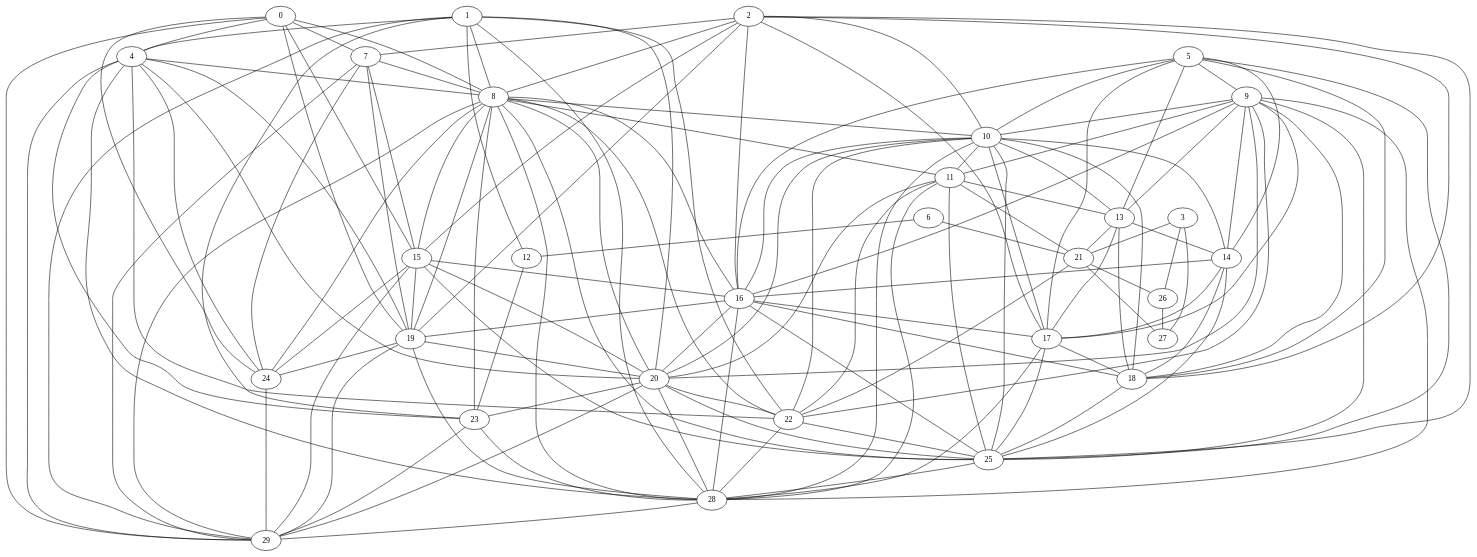
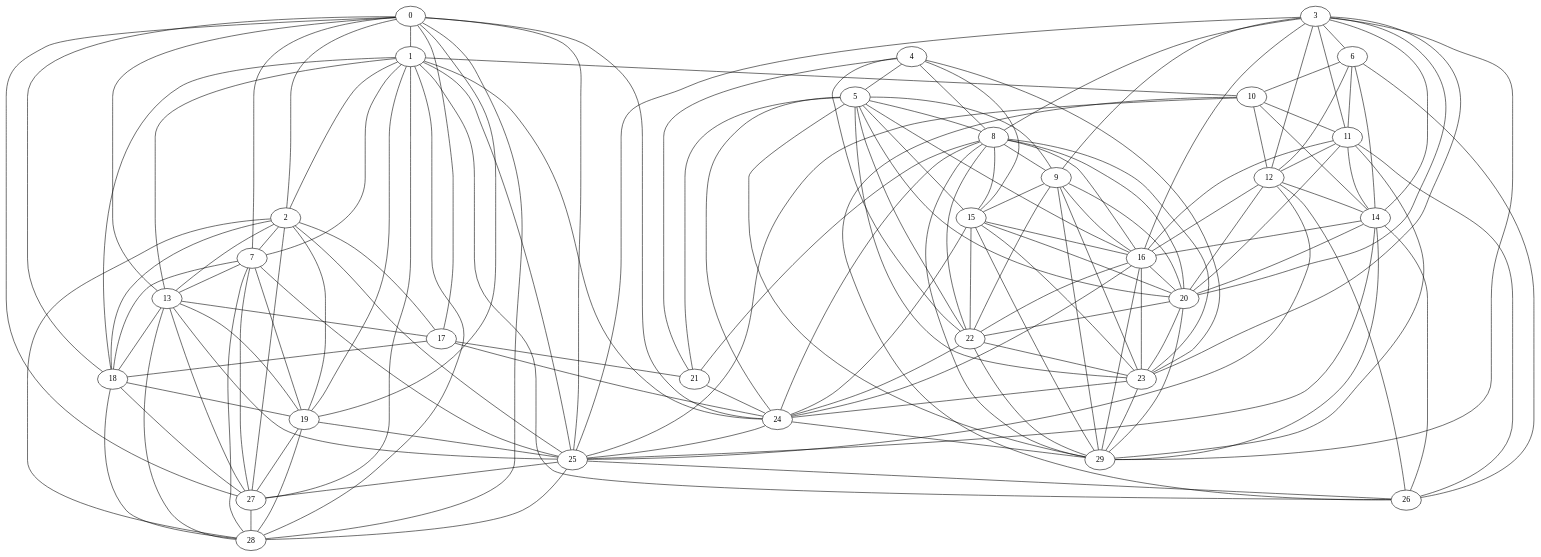
One commit to humbertoART/BibliotecaGraph changed the diagram in Texto_Proyecto2/gSimplen21.dot. Above: the diagram before and after it, drawn with Graphviz. The commit also changed 126 other files, not shown here.

```diff
--- a/Texto_Proyecto2/gSimplen21.dot
+++ b/Texto_Proyecto2/gSimplen21.dot
@@ -1,166 +1,177 @@
 graph G {
   0;
   1;
   2;
   3;
   4;
   5;
   6;
   7;
   8;
   9;
   10;
   11;
   12;
   13;
   14;
   15;
   16;
   17;
   18;
   19;
   20;
   21;
   22;
   23;
   24;
   25;
   26;
   27;
   28;
   29;
-   0 -- 4;
+   0 -- 1;
+   0 -- 2;
    0 -- 7;
-   0 -- 8;
-   0 -- 15;
+   0 -- 13;
+   0 -- 17;
+   0 -- 18;
    0 -- 19;
    0 -- 24;
-   0 -- 29;
-   1 -- 4;
-   1 -- 8;
-   1 -- 12;
-   1 -- 20;
-   1 -- 22;
-   1 -- 23;
+   0 -- 25;
+   0 -- 27;
+   0 -- 28;
+   1 -- 2;
+   1 -- 7;
+   1 -- 10;
+   1 -- 13;
+   1 -- 18;
+   1 -- 19;
+   1 -- 24;
+   1 -- 25;
+   1 -- 26;
+   1 -- 27;
    1 -- 28;
-   1 -- 29;
    2 -- 7;
-   2 -- 8;
-   2 -- 10;
-   2 -- 15;
-   2 -- 16;
+   2 -- 13;
    2 -- 17;
    2 -- 18;
    2 -- 19;
    2 -- 25;
-   3 -- 21;
-   3 -- 26;
-   3 -- 27;
+   2 -- 27;
+   2 -- 28;
+   3 -- 6;
+   3 -- 8;
+   3 -- 9;
+   3 -- 11;
+   3 -- 12;
+   3 -- 14;
+   3 -- 16;
+   3 -- 20;
+   3 -- 23;
+   3 -- 25;
+   3 -- 29;
+   4 -- 5;
    4 -- 8;
-   4 -- 19;
-   4 -- 20;
+   4 -- 15;
+   4 -- 21;
    4 -- 22;
    4 -- 23;
-   4 -- 24;
-   4 -- 28;
-   4 -- 29;
+   5 -- 8;
    5 -- 9;
-   5 -- 10;
-   5 -- 13;
-   5 -- 14;
+   5 -- 15;
    5 -- 16;
-   5 -- 17;
-   5 -- 18;
-   5 -- 25;
+   5 -- 20;
+   5 -- 21;
+   5 -- 22;
+   5 -- 23;
+   5 -- 24;
+   5 -- 29;
+   6 -- 10;
+   6 -- 11;
    6 -- 12;
-   6 -- 21;
-   7 -- 8;
-   7 -- 15;
+   6 -- 14;
+   6 -- 26;
+   7 -- 13;
+   7 -- 18;
    7 -- 19;
-   7 -- 24;
-   7 -- 29;
-   8 -- 10;
-   8 -- 11;
+   7 -- 25;
+   7 -- 27;
+   7 -- 28;
+   8 -- 9;
    8 -- 15;
    8 -- 16;
-   8 -- 19;
    8 -- 20;
+   8 -- 21;
    8 -- 22;
    8 -- 23;
    8 -- 24;
-   8 -- 25;
-   8 -- 28;
    8 -- 29;
-   9 -- 10;
-   9 -- 11;
-   9 -- 13;
-   9 -- 14;
+   9 -- 15;
    9 -- 16;
-   9 -- 17;
-   9 -- 18;
    9 -- 20;
    9 -- 22;
-   9 -- 25;
-   9 -- 28;
+   9 -- 23;
+   9 -- 29;
    10 -- 11;
-   10 -- 13;
+   10 -- 12;
    10 -- 14;
-   10 -- 16;
-   10 -- 17;
-   10 -- 18;
-   10 -- 20;
-   10 -- 22;
    10 -- 25;
-   10 -- 28;
-   11 -- 13;
+   10 -- 26;
+   11 -- 12;
+   11 -- 14;
+   11 -- 16;
    11 -- 20;
-   11 -- 21;
-   11 -- 22;
-   11 -- 25;
-   11 -- 28;
-   12 -- 23;
-   13 -- 14;
+   11 -- 26;
+   11 -- 29;
+   12 -- 14;
+   12 -- 16;
+   12 -- 20;
+   12 -- 25;
+   12 -- 26;
    13 -- 17;
    13 -- 18;
-   13 -- 21;
+   13 -- 19;
+   13 -- 25;
+   13 -- 27;
+   13 -- 28;
    14 -- 16;
-   14 -- 17;
-   14 -- 18;
+   14 -- 20;
    14 -- 25;
+   14 -- 26;
+   14 -- 29;
    15 -- 16;
-   15 -- 19;
    15 -- 20;
+   15 -- 22;
+   15 -- 23;
    15 -- 24;
-   15 -- 25;
    15 -- 29;
-   16 -- 17;
-   16 -- 18;
-   16 -- 19;
    16 -- 20;
-   16 -- 25;
-   16 -- 28;
+   16 -- 22;
+   16 -- 23;
+   16 -- 24;
+   16 -- 29;
    17 -- 18;
-   17 -- 25;
-   17 -- 28;
-   18 -- 25;
-   19 -- 20;
-   19 -- 24;
+   17 -- 21;
+   17 -- 24;
+   18 -- 19;
+   18 -- 27;
+   18 -- 28;
+   19 -- 25;
+   19 -- 27;
    19 -- 28;
-   19 -- 29;
    20 -- 22;
    20 -- 23;
-   20 -- 25;
-   20 -- 28;
    20 -- 29;
-   21 -- 22;
-   21 -- 26;
-   21 -- 27;
-   22 -- 25;
-   22 -- 28;
-   23 -- 28;
+   21 -- 24;
+   22 -- 23;
+   22 -- 24;
+   22 -- 29;
+   23 -- 24;
    23 -- 29;
+   24 -- 25;
    24 -- 29;
+   25 -- 26;
+   25 -- 27;
    25 -- 28;
-   26 -- 27;
-   28 -- 29;
+   27 -- 28;
 }
```
